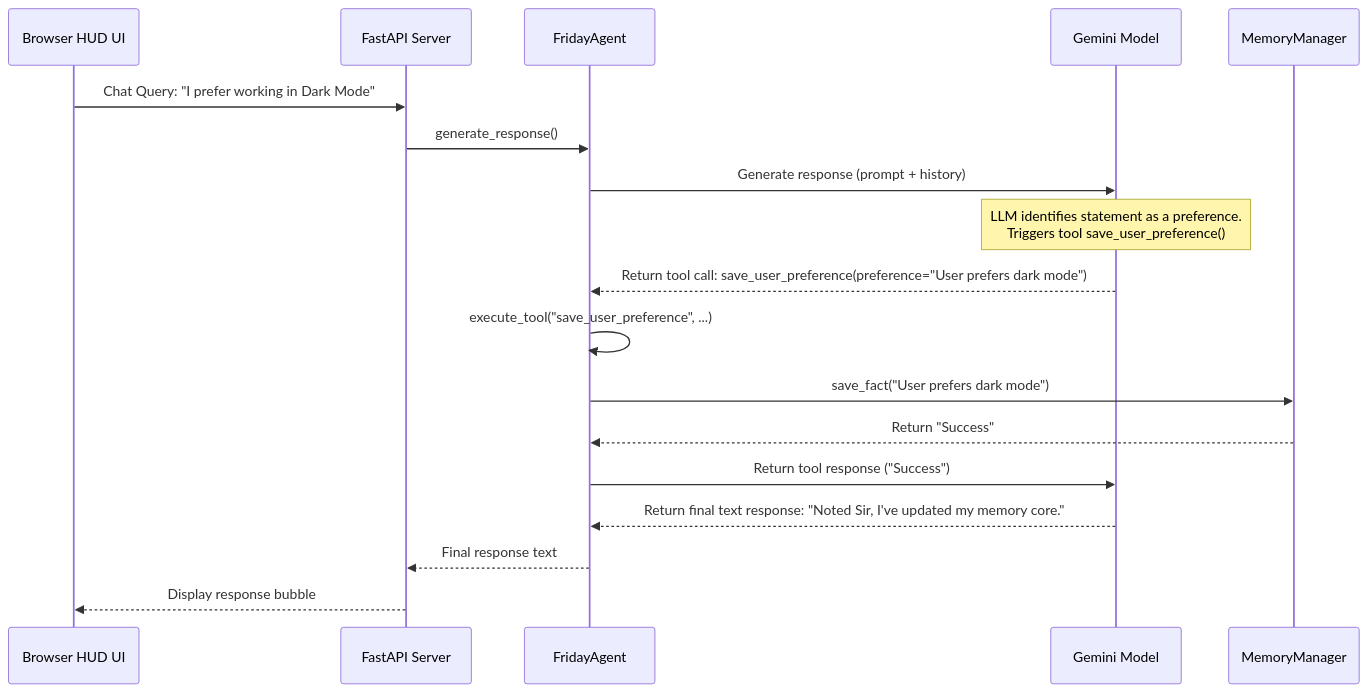
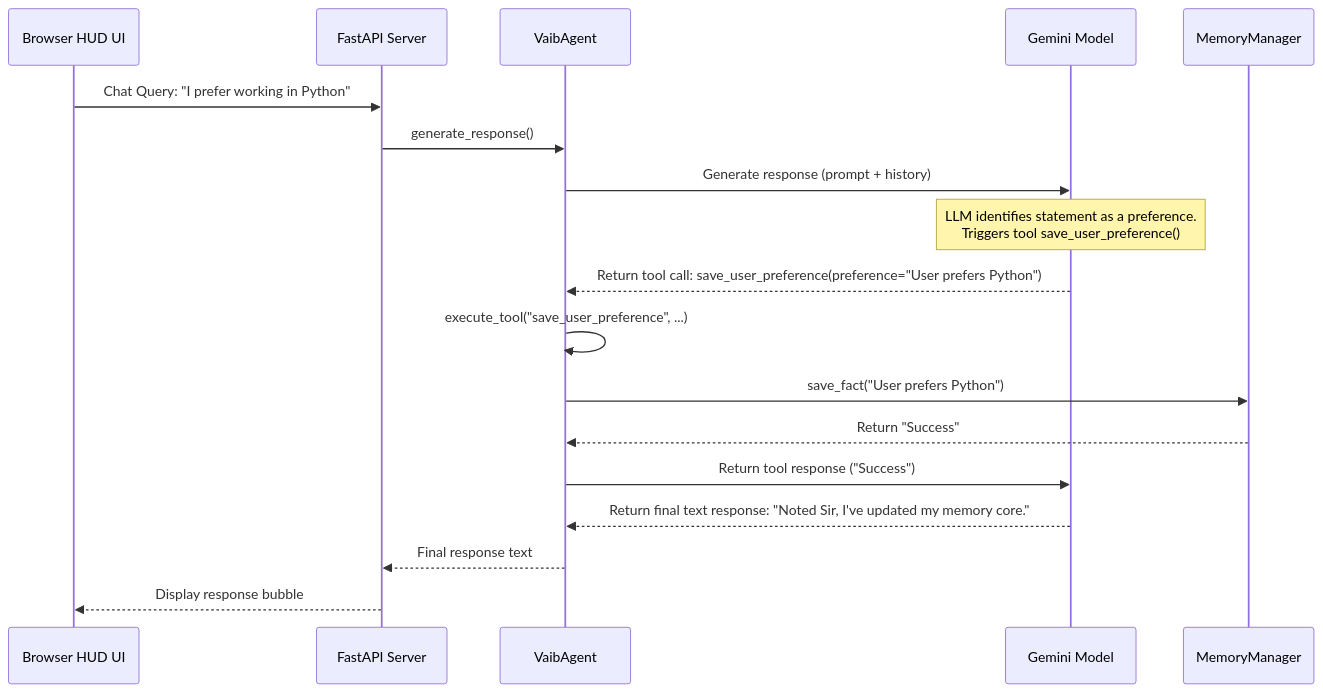
Before and after one commit to 113vab/VAIB: the third of 3 diagrams in docs/architecture.md, drawn with Mermaid. The commit also changed other lines of this file and 34 other files, not shown here.

````diff
--- a/docs/architecture.md
+++ b/docs/architecture.md
@@ -103,21 +103,21 @@
 ```mermaid
 sequenceDiagram
     participant UI as Browser HUD UI
     participant Server as FastAPI Server
-    participant Agent as FridayAgent
+    participant Agent as VaibAgent
     participant LLM as Gemini Model
     participant Memory as MemoryManager
 
-    UI->>Server: Chat Query: "I prefer working in Dark Mode"
+    UI->>Server: Chat Query: "I prefer working in Python"
     Server->>Agent: generate_response()
     Agent->>LLM: Generate response (prompt + history)
     Note over LLM: LLM identifies statement as a preference.<br/>Triggers tool save_user_preference()
-    LLM-->>Agent: Return tool call: save_user_preference(preference="User prefers dark mode")
+    LLM-->>Agent: Return tool call: save_user_preference(preference="User prefers Python")
     Agent->>Agent: execute_tool("save_user_preference", ...)
-    Agent->>Memory: save_fact("User prefers dark mode")
+    Agent->>Memory: save_fact("User prefers Python")
     Memory-->>Agent: Return "Success"
     Agent->>LLM: Return tool response ("Success")
     LLM-->>Agent: Return final text response: "Noted Sir, I've updated my memory core."
     Agent-->>Server: Final response text
     Server-->>UI: Display response bubble
 ```
````
